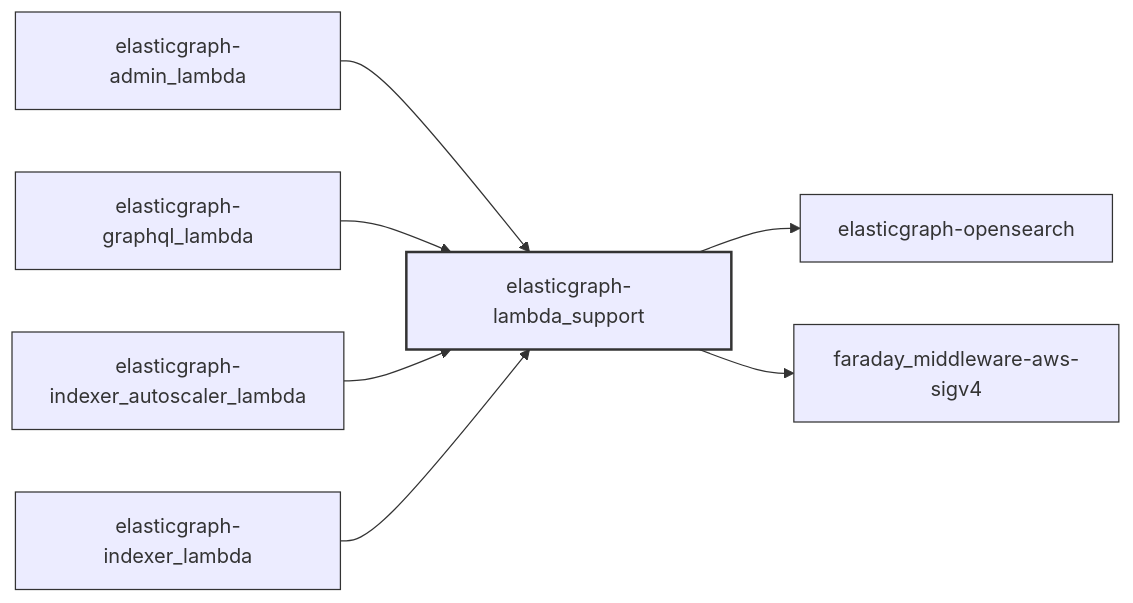
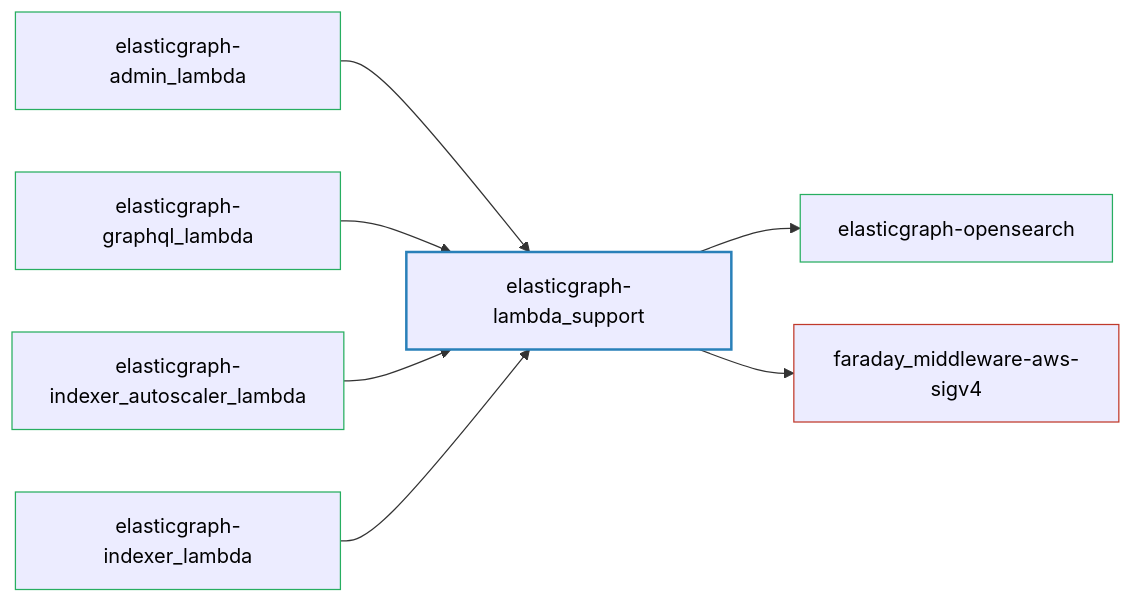
The diagram in elasticgraph-lambda_support/README.md (block/elasticgraph), drawn with Mermaid before and after one commit. The commit also changed 21 other files, not shown here.

````diff
--- a/elasticgraph-lambda_support/README.md
+++ b/elasticgraph-lambda_support/README.md
@@ -10,20 +10,23 @@
 ```mermaid
 graph LR;
+    elasticgraph-lambda_support["elasticgraph-lambda_support"];
+    elasticgraph-opensearch["elasticgraph-opensearch"];
     elasticgraph-lambda_support --> elasticgraph-opensearch;
+    faraday_middleware-aws-sigv4["faraday_middleware-aws-sigv4"];
     elasticgraph-lambda_support --> faraday_middleware-aws-sigv4;
+    elasticgraph-admin_lambda["elasticgraph-admin_lambda"];
     elasticgraph-admin_lambda --> elasticgraph-lambda_support;
+    elasticgraph-graphql_lambda["elasticgraph-graphql_lambda"];
     elasticgraph-graphql_lambda --> elasticgraph-lambda_support;
+    elasticgraph-indexer_autoscaler_lambda["elasticgraph-indexer_autoscaler_lambda"];
     elasticgraph-indexer_autoscaler_lambda --> elasticgraph-lambda_support;
+    elasticgraph-indexer_lambda["elasticgraph-indexer_lambda"];
     elasticgraph-indexer_lambda --> elasticgraph-lambda_support;
-    classDef currentGemStyle fill:#lightblue,stroke:#333,stroke-width:2px;
-    classDef internalEgGemStyle fill:#lightgreen,stroke:#333,stroke-width:1px;
-    classDef externalGemStyle fill:#lightcoral,stroke:#333,stroke-width:1px;
-    classDef placeholderNodeStyle fill:#eee,stroke:#333,stroke-width:1px;
-    class elasticgraph-lambda_support currentGemStyle;
-    class elasticgraph-opensearch internalEgGemStyle;
-    class faraday_middleware-aws-sigv4 externalGemStyle;
-    class elasticgraph-admin_lambda internalEgGemStyle;
-    class elasticgraph-graphql_lambda internalEgGemStyle;
-    class elasticgraph-indexer_autoscaler_lambda internalEgGemStyle;
-    class elasticgraph-indexer_lambda internalEgGemStyle;
+    style elasticgraph-lambda_support fill:#lightblue,stroke:#2980b9,stroke-width:2px,color:#000;
+    style elasticgraph-opensearch fill:#lightgreen,stroke:#27ae60,stroke-width:1px,color:#000;
+    style faraday_middleware-aws-sigv4 fill:#lightcoral,stroke:#c0392b,stroke-width:1px,color:#000;
+    style elasticgraph-admin_lambda fill:#lightgreen,stroke:#27ae60,stroke-width:1px,color:#000;
+    style elasticgraph-graphql_lambda fill:#lightgreen,stroke:#27ae60,stroke-width:1px,color:#000;
+    style elasticgraph-indexer_autoscaler_lambda fill:#lightgreen,stroke:#27ae60,stroke-width:1px,color:#000;
+    style elasticgraph-indexer_lambda fill:#lightgreen,stroke:#27ae60,stroke-width:1px,color:#000;
 ```
````
